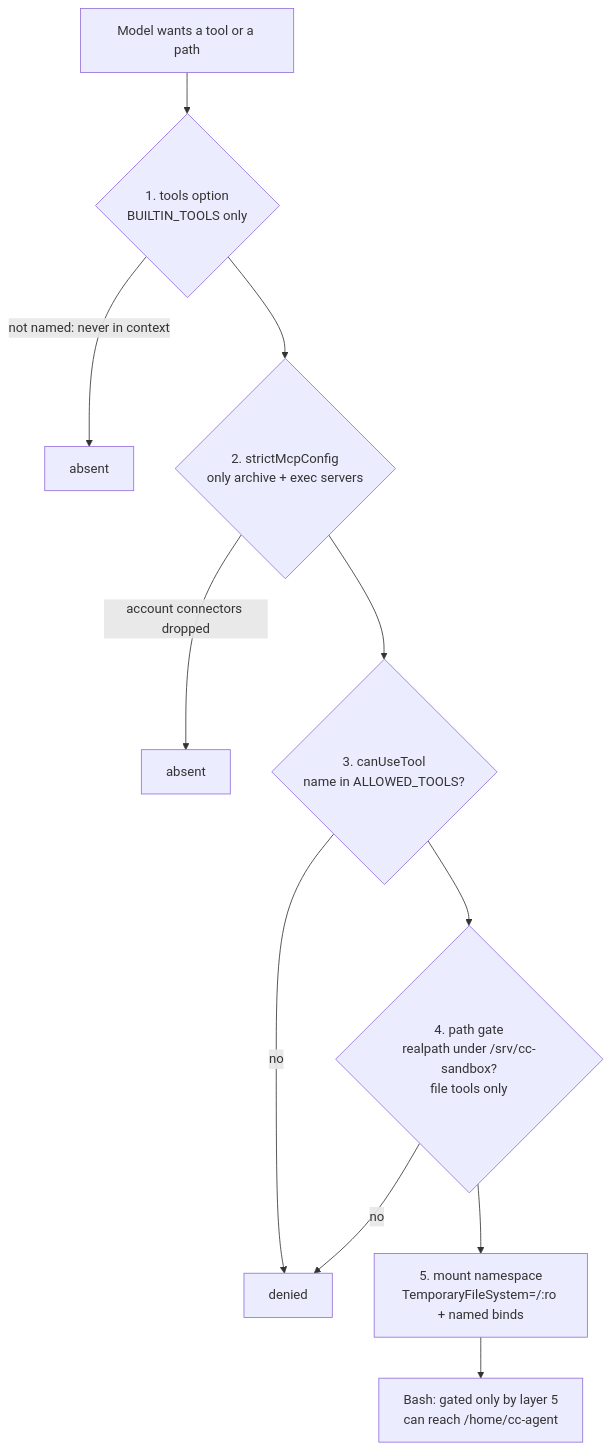
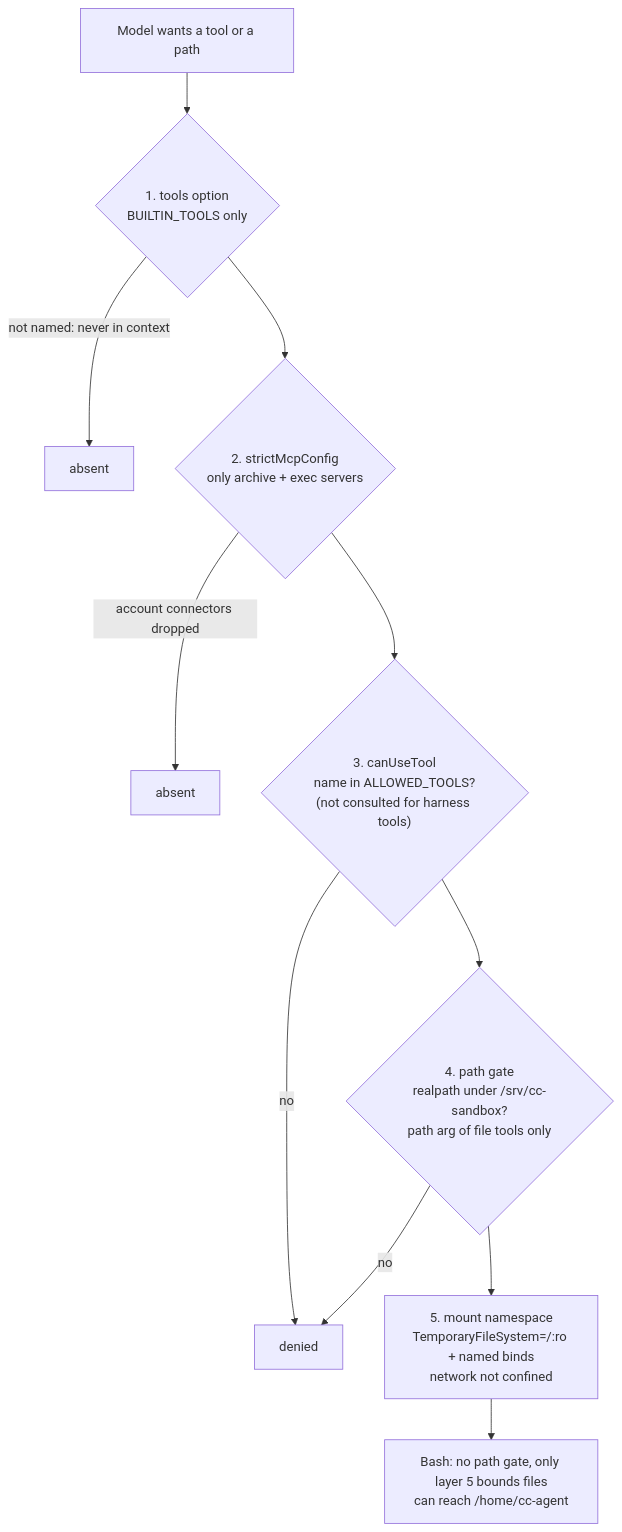
One commit to wai-lau/cc-sidecar changed the diagram in docs/arch/sandbox.mmd. Above: the diagram before and after it, drawn with Mermaid. The commit also changed 10 other files, not shown here.

```diff
--- a/docs/arch/sandbox.mmd
+++ b/docs/arch/sandbox.mmd
@@ -1,11 +1,11 @@
 flowchart TD
     call["Model wants a tool or a path"] --> l1{"1. tools option<br/>BUILTIN_TOOLS only"}
     l1 -->|"not named: never in context"| no1["absent"]
     l1 --> l2{"2. strictMcpConfig<br/>only archive + exec servers"}
     l2 -->|"account connectors dropped"| no2["absent"]
-    l2 --> l3{"3. canUseTool<br/>name in ALLOWED_TOOLS?"}
+    l2 --> l3{"3. canUseTool<br/>name in ALLOWED_TOOLS?<br/>(not consulted for harness tools)"}
     l3 -->|no| deny["denied"]
-    l3 --> l4{"4. path gate<br/>realpath under /srv/cc-sandbox?<br/>file tools only"}
+    l3 --> l4{"4. path gate<br/>realpath under /srv/cc-sandbox?<br/>path arg of file tools only"}
     l4 -->|no| deny
-    l4 --> l5["5. mount namespace<br/>TemporaryFileSystem=/:ro + named binds"]
-    l5 --> bash["Bash: gated only by layer 5<br/>can reach /home/cc-agent"]
+    l4 --> l5["5. mount namespace<br/>TemporaryFileSystem=/:ro + named binds<br/>network not confined"]
+    l5 --> bash["Bash: no path gate, only layer 5 bounds files<br/>can reach /home/cc-agent"]
```
